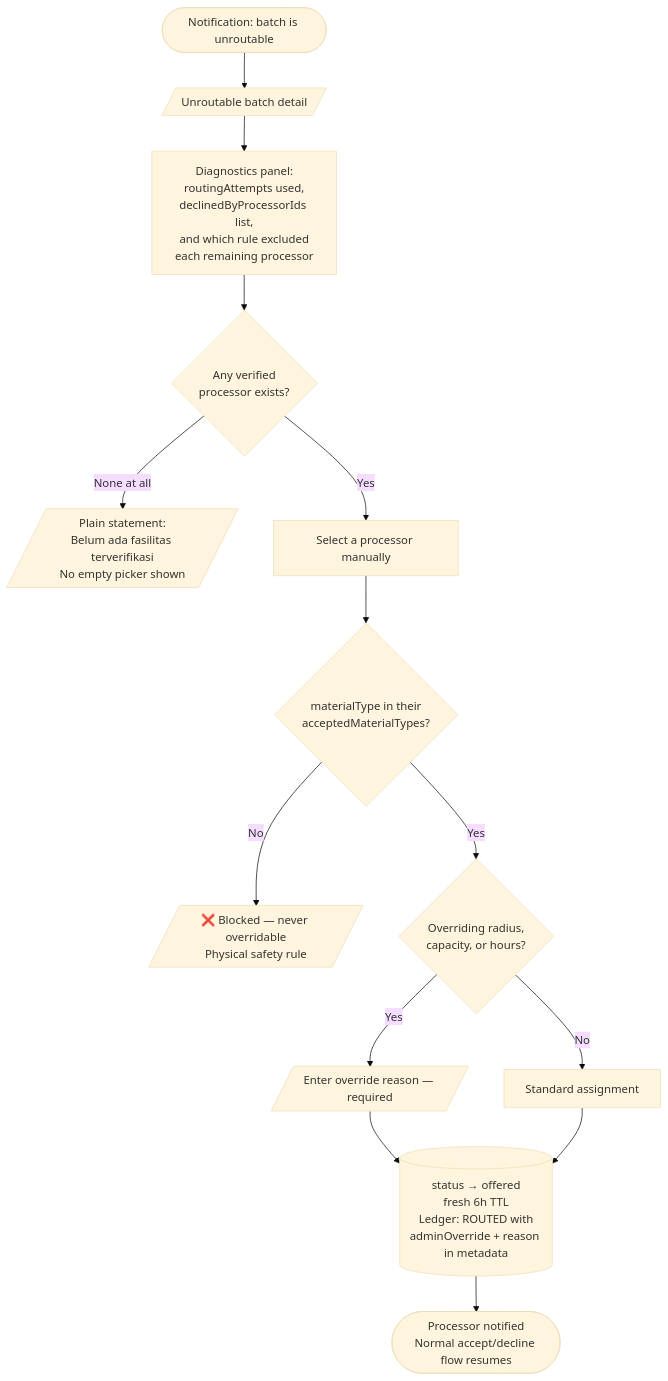
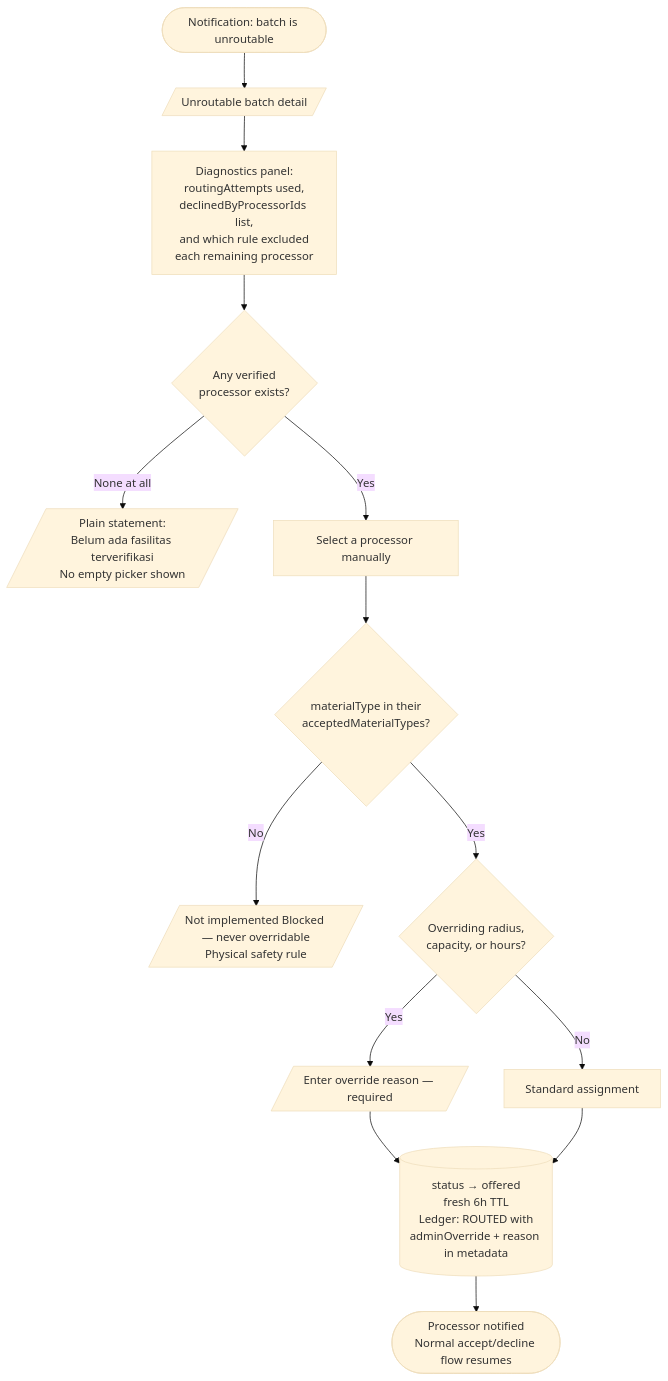
Diagram 19 of 25 in docs/spec/USER_FLOW.md (201dev/cirquo), drawn with Mermaid (base theme) before and after one commit. The commit also changed other lines of this file and 56 other files, not shown here.

````diff
--- a/docs/spec/USER_FLOW.md
+++ b/docs/spec/USER_FLOW.md
@@ -822,16 +822,16 @@
 ```mermaid
 flowchart TD
     A([Notification: batch is unroutable]) --> B[/Unroutable batch detail/]
     B --> C[Diagnostics panel:<br/>routingAttempts used,<br/>declinedByProcessorIds list,<br/>and which rule excluded<br/>each remaining processor]
     C --> D{Any verified<br/>processor exists?}
     D -->|None at all| E[/Plain statement:<br/>Belum ada fasilitas terverifikasi<br/>No empty picker shown/]
     D -->|Yes| F[Select a processor manually]
     F --> G{materialType in their<br/>acceptedMaterialTypes?}
-    G -->|No| H[/❌ Blocked — never overridable<br/>Physical safety rule/]
+    G -->|No| H[/Not implemented Blocked — never overridable<br/>Physical safety rule/]
     G -->|Yes| I{Overriding radius,<br/>capacity, or hours?}
     I -->|Yes| J[/Enter override reason — required/]
     I -->|No| K[Standard assignment]
     J --> L[(status → offered<br/>fresh 6h TTL<br/>Ledger: ROUTED with<br/>adminOverride + reason in metadata)]
     K --> L
     L --> M([Processor notified<br/>Normal accept/decline flow resumes])
 ```
````
